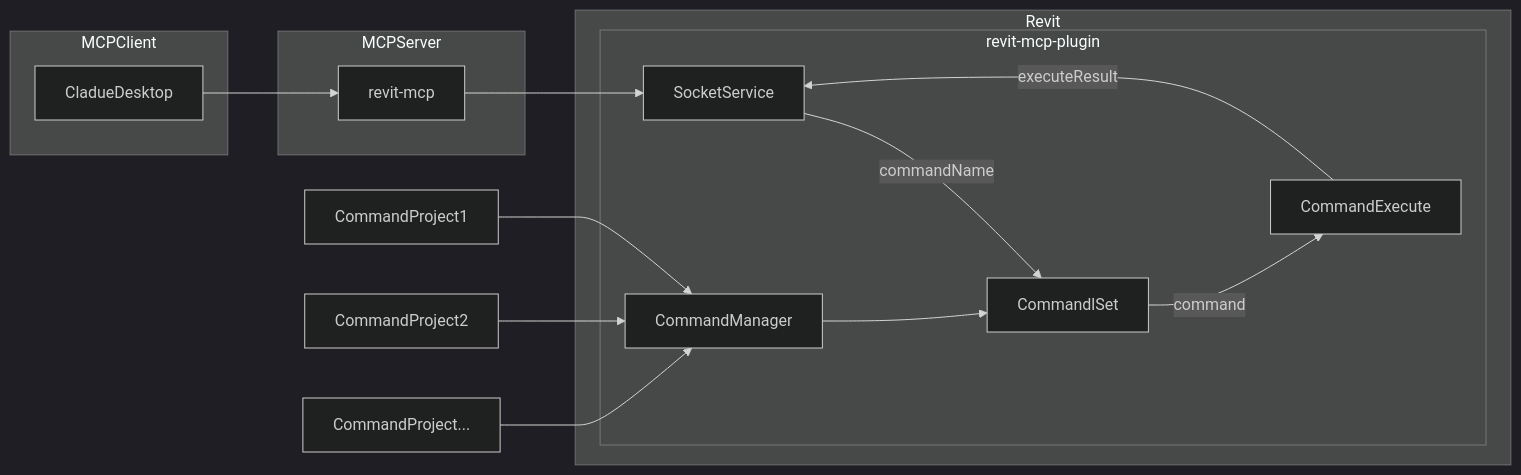
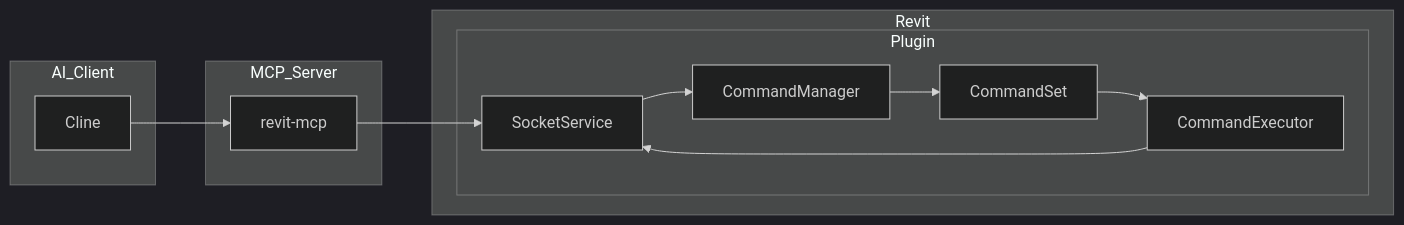
The diagram in README.md (BTankut/MCP_Revit), drawn with Mermaid (dark theme) before and after one commit. The commit also changed other lines of this file, not shown here.

````diff
--- a/README.md
+++ b/README.md
@@ -64,23 +27,24 @@
 ```mermaid
 flowchart LR
-	CladueDesktop --> revit-mcp --> SocketService--commandName-->CommandlSet--command-->CommandExecute
-	CommandManager --> CommandlSet
-	CommandExecute --executeResult--> SocketService
-	CommandProject1 --> CommandManager
-	CommandProject2 --> CommandManager
-	CommandProject... --> CommandManager
-	subgraph ide1 [MCPClient]
-	CladueDesktop
-	end
-	subgraph ide2 [MCPServer]
-	revit-mcp
-	end
-	subgraph ide3 [Revit]
-			subgraph ide3.1 [revit-mcp-plugin]
-				SocketService
-				CommandlSet
-				CommandManager
-				CommandExecute
-			end
-	end
+    subgraph AI_Client
+        Cline
+    end
+    subgraph MCP_Server
+        revit-mcp
+    end
+    subgraph Revit
+        subgraph Plugin
+            SocketService
+            CommandManager
+            CommandSet
+            CommandExecutor
+        end
+    end
+
+    Cline --> revit-mcp
+    revit-mcp --> SocketService
+    SocketService --> CommandManager
+    CommandManager --> CommandSet
+    CommandSet --> CommandExecutor
+    CommandExecutor --> SocketService
 ```
````
